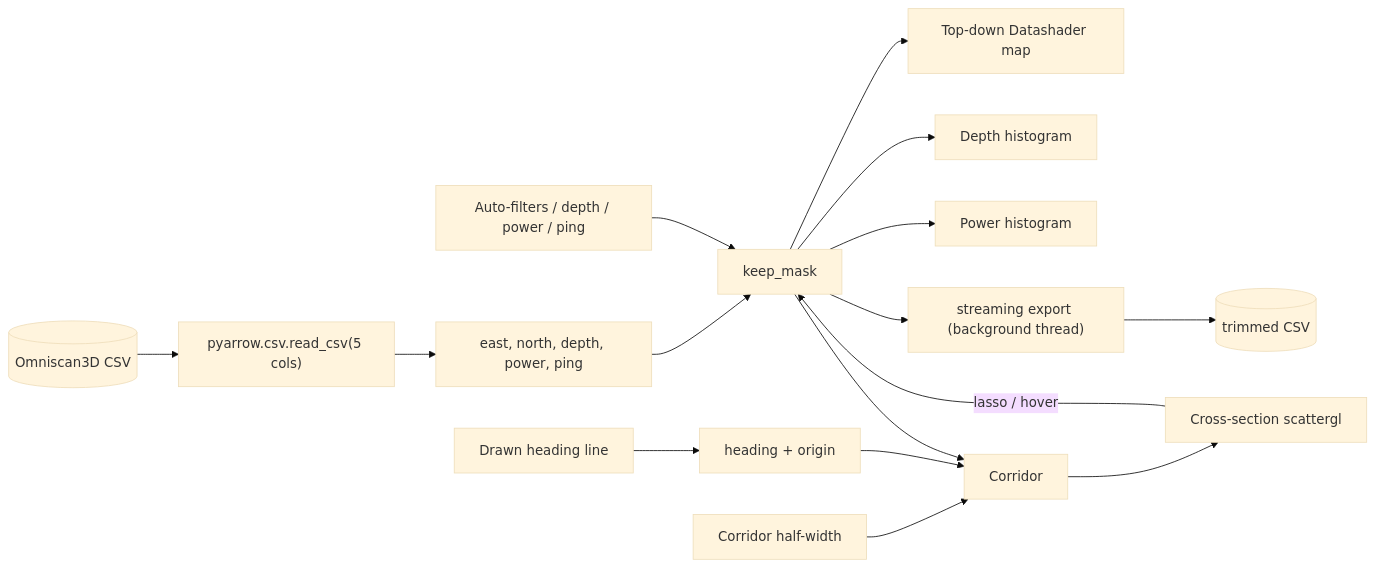
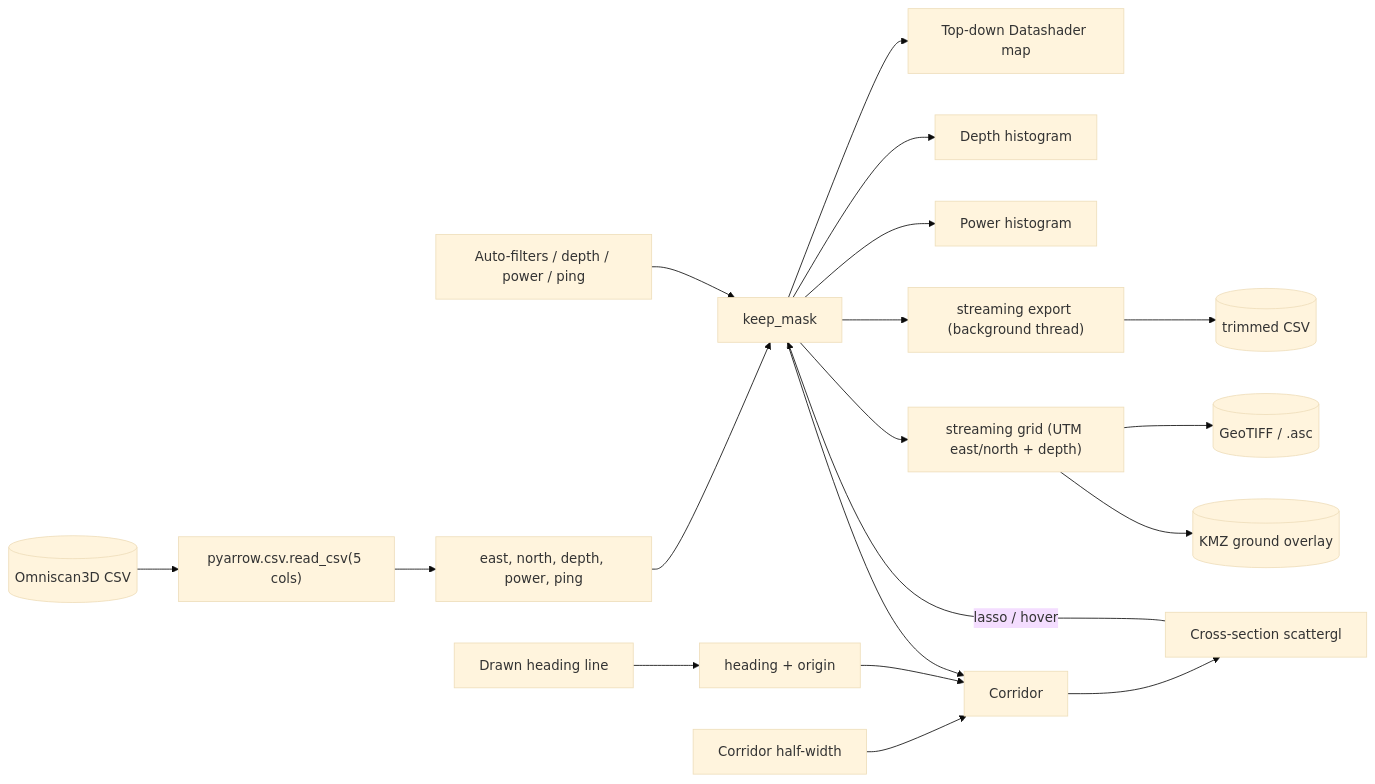
One commit to vshie/point-cloud-trimmer changed the diagram in README.md. Above: the diagram before and after it, drawn with Mermaid (base theme). The commit also changed other lines of this file and 4 other files, not shown here.

First line of the commit message:
Add DEM surface export (GeoTIFF / ASCII grid / KMZ) and filter tooltips

````diff
--- a/README.md
+++ b/README.md
@@ -129,18 +192,21 @@
 ```mermaid
 flowchart LR
     CSV[(Omniscan3D CSV)] --> Load["pyarrow.csv.read_csv(5 cols)"]
     Load --> Arrays["east, north, depth, power, ping"]
     Arrays --> Mask[keep_mask]
     Mask --> TopDown["Top-down Datashader map"]
     Mask --> DepthHist[Depth histogram]
     Mask --> PowerHist[Power histogram]
     DrawnLine[Drawn heading line] --> Heading[heading + origin]
     HalfWidth[Corridor half-width] --> Corridor
     Heading --> Corridor
     Mask --> Corridor
     Corridor --> XSec[Cross-section scattergl]
     XSec -- "lasso / hover" --> Mask
     Filters[Auto-filters / depth / power / ping] --> Mask
     Mask --> Export["streaming export (background thread)"]
     Export --> OutCSV[(trimmed CSV)]
+    Mask --> DEM["streaming grid (UTM east/north + depth)"]
+    DEM --> OutTif[(GeoTIFF / .asc)]
+    DEM --> OutKmz[(KMZ ground overlay)]
 ```
````
